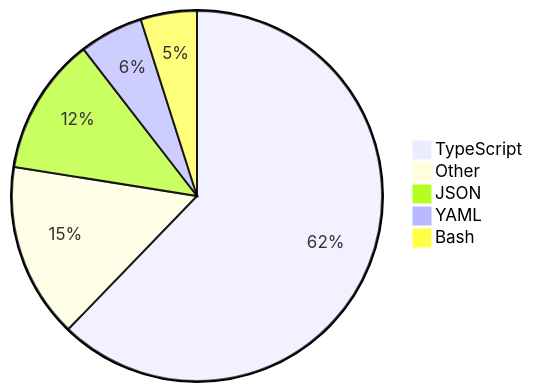
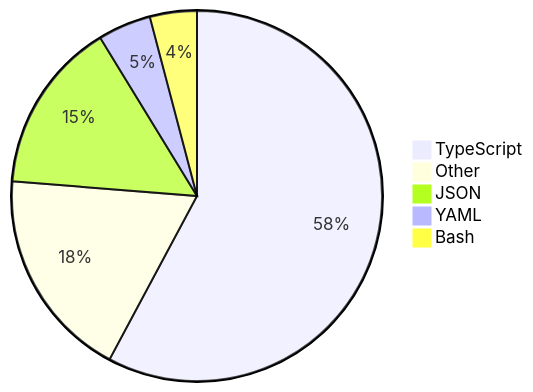
One commit to skvggor/skvggor changed the diagram in README.md. Above: the diagram before and after it, drawn with Mermaid.

Commit message:
Updated waka-readme graph with new metrics

````diff
--- a/README.md
+++ b/README.md
@@ -28,8 +28,8 @@
 ```mermaid
 pie
-    "TypeScript" : 57.0
-    "Other" : 14.0
-    "JSON" : 11.0
-    "YAML" : 5.1
-    "Bash" : 4.5
+    "TypeScript" : 53.6
+    "Other" : 17.1
+    "JSON" : 13.9
+    "YAML" : 4.3
+    "Bash" : 3.8
 ```
````
